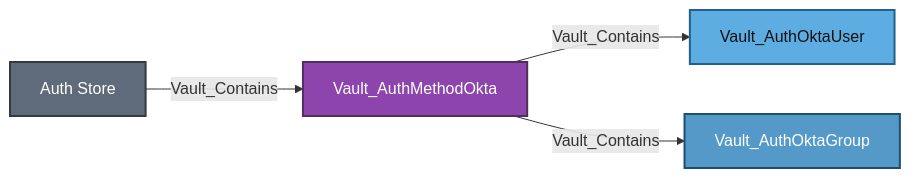
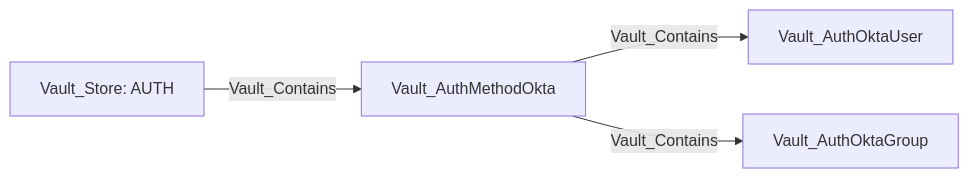
Diagram 18 of 28 in Documentation/stores/AUTH.md (bytewreck/opengraph-vault), drawn with Mermaid before and after one commit. The commit also changed other lines of this file, not shown here.

````diff
--- a/Documentation/stores/AUTH.md
+++ b/Documentation/stores/AUTH.md
@@ -1082,11 +1078,6 @@
 ```mermaid
 flowchart LR
-    store[Auth Store]:::storeNode -->|Vault_Contains| method[Vault_AuthMethodOkta]:::authMethodNode
-    method -->|Vault_Contains| user[Vault_AuthOktaUser]:::authUserNode
-    method -->|Vault_Contains| group[Vault_AuthOktaGroup]:::authGroupNode
-
-    classDef storeNode fill:#5F6B7A,color:#fff,stroke:#343A40,stroke-width:2px
-    classDef authMethodNode fill:#8E44AD,color:#fff,stroke:#512E5F,stroke-width:2px
-    classDef authUserNode fill:#5DADE2,color:#111,stroke:#21618C,stroke-width:2px
-    classDef authGroupNode fill:#5499C7,color:#fff,stroke:#1B4F72,stroke-width:2px
+    store[Vault_Store: AUTH] -->|Vault_Contains| method[Vault_AuthMethodOkta]
+    method -->|Vault_Contains| user[Vault_AuthOktaUser]
+    method -->|Vault_Contains| group[Vault_AuthOktaGroup]
 ```
````
